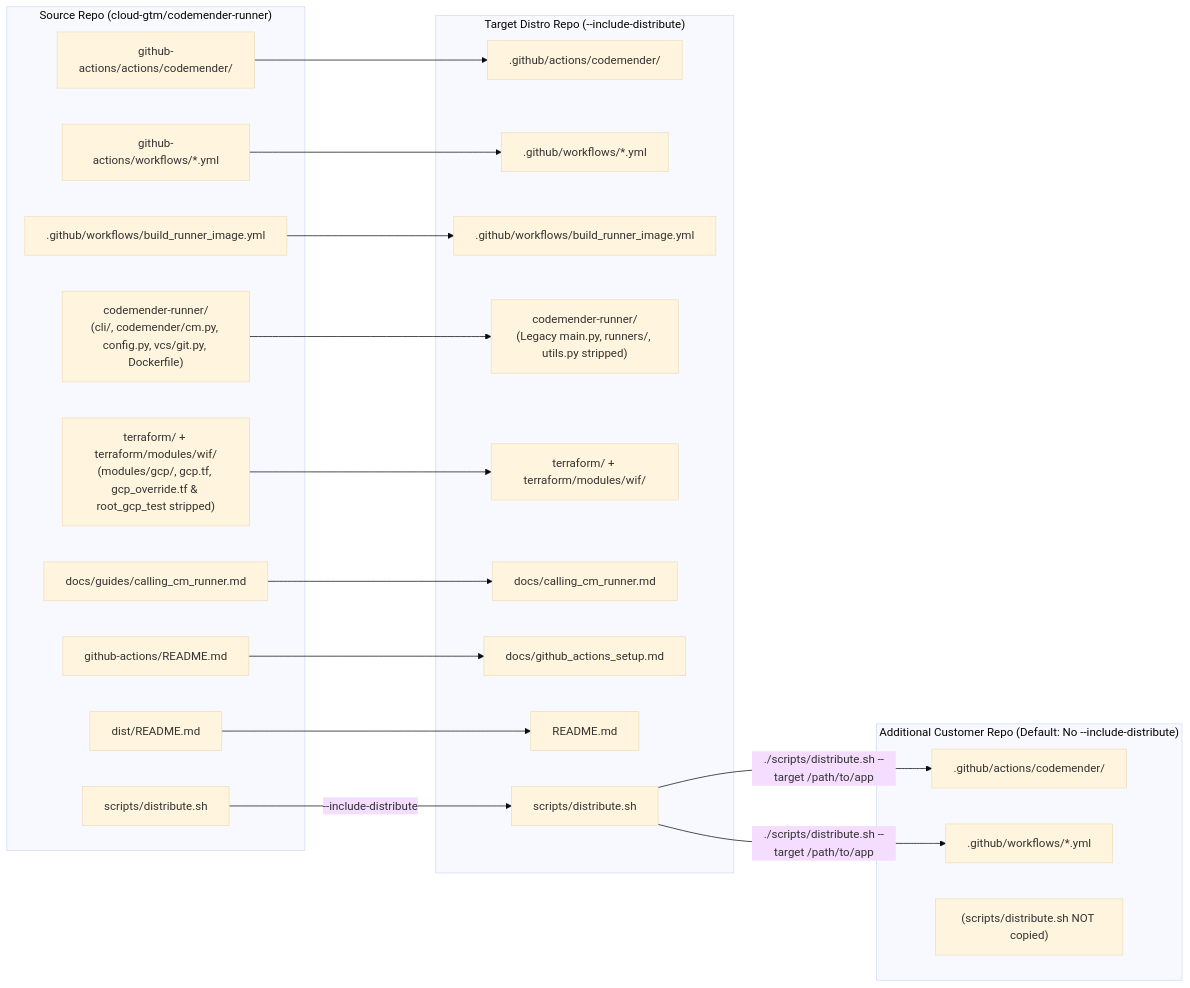
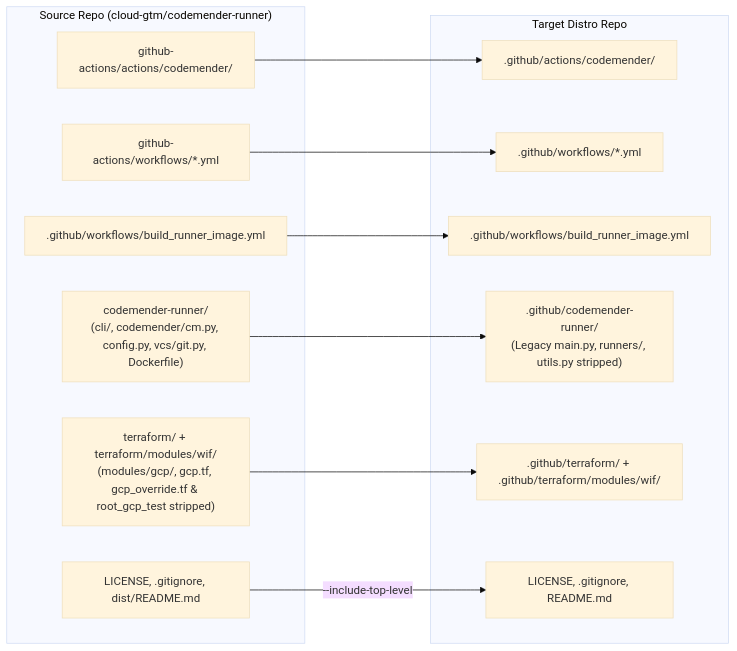
The second of 2 diagrams in docs/openspec/specs/distribute/design.md (avnit/codemender-runner-mcp), drawn with Mermaid (base theme) before and after one commit. The commit also changed other lines of this file and 21 other files, not shown here.

First line of the commit message:
feat(dist): implement scripts/distribute.sh customer repo sync (SPEC-DIST) (#38)

````diff
--- a/docs/openspec/specs/distribute/design.md
+++ b/docs/openspec/specs/distribute/design.md
@@ -284,45 +286,27 @@
 ```mermaid
 flowchart LR
     subgraph Source["Source Repo (cloud-gtm/codemender-runner)"]
         s_gha["github-actions/actions/codemender/"]
         s_wf["github-actions/workflows/*.yml"]
         s_build[".github/workflows/build_runner_image.yml"]
         s_cmr["codemender-runner/\n(cli/, codemender/cm.py, config.py, vcs/git.py, Dockerfile)"]
         s_wif["terraform/ + terraform/modules/wif/\n(modules/gcp/, gcp.tf, gcp_override.tf & root_gcp_test stripped)"]
-        s_docs1["docs/guides/calling_cm_runner.md"]
-        s_docs2["github-actions/README.md"]
-        s_dist_readme["dist/README.md"]
-        s_dist_script["scripts/distribute.sh"]
+        s_top["LICENSE, .gitignore, dist/README.md"]
     end
 
-    subgraph Target["Target Distro Repo (--include-distribute)"]
+    subgraph Target["Target Distro Repo"]
         t_gha[".github/actions/codemender/"]
         t_wf[".github/workflows/*.yml"]
         t_build[".github/workflows/build_runner_image.yml"]
-        t_cmr["codemender-runner/\n(Legacy main.py, runners/, utils.py stripped)"]
-        t_wif["terraform/ + terraform/modules/wif/"]
-        t_docs1["docs/calling_cm_runner.md"]
-        t_docs2["docs/github_actions_setup.md"]
-        t_readme["README.md"]
-        t_dist_script["scripts/distribute.sh"]
-    end
-
-    subgraph CustomerApp["Additional Customer Repo (Default: No --include-distribute)"]
-        c_gha[".github/actions/codemender/"]
-        c_wf[".github/workflows/*.yml"]
-        c_no_script["(scripts/distribute.sh NOT copied)"]
+        t_cmr[".github/codemender-runner/\n(Legacy main.py, runners/, utils.py stripped)"]
+        t_wif[".github/terraform/ + .github/terraform/modules/wif/"]
+        t_top["LICENSE, .gitignore, README.md"]
     end
 
     s_gha --> t_gha
     s_wf --> t_wf
     s_build --> t_build
     s_cmr --> t_cmr
     s_wif --> t_wif
-    s_docs1 --> t_docs1
-    s_docs2 --> t_docs2
-    s_dist_readme --> t_readme
-    s_dist_script -->|"--include-distribute"| t_dist_script
-
-    t_dist_script -->|"./scripts/distribute.sh --target /path/to/app"| c_gha
-    t_dist_script -->|"./scripts/distribute.sh --target /path/to/app"| c_wf
+    s_top -->|"--include-top-level"| t_top
 ```
````
